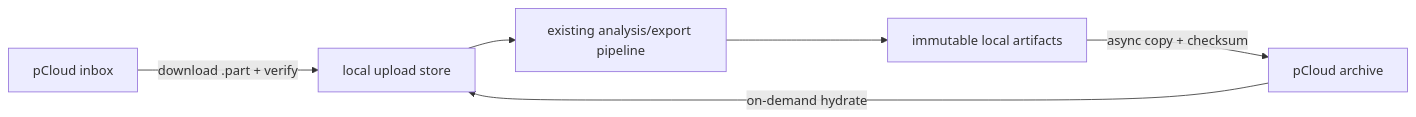
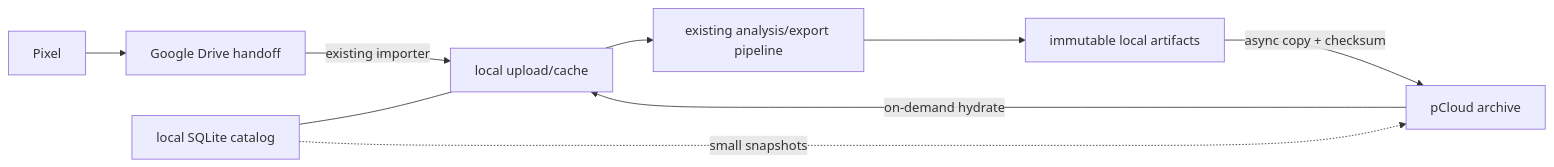
The second of 2 diagrams in docs/architecture.md (momonong/pingpong-auto-highlight), drawn with Mermaid before and after one commit. The commit also changed other lines of this file and 3 other files, not shown here.

````diff
--- a/docs/architecture.md
+++ b/docs/architecture.md
@@ -79,8 +79,11 @@
 ```mermaid
 flowchart LR
-    PI["pCloud inbox"] -->|"download .part + verify"| LOCAL["local upload store"]
+    PIXEL["Pixel"] --> DRIVE["Google Drive handoff"]
+    DRIVE -->|"existing importer"| LOCAL["local upload/cache"]
     LOCAL --> MEDIA["existing analysis/export pipeline"]
     MEDIA --> ART["immutable local artifacts"]
     ART -->|"async copy + checksum"| PA["pCloud archive"]
     PA -->|"on-demand hydrate"| LOCAL
+    DB["local SQLite catalog"] --- LOCAL
+    DB -.->|"small snapshots"| PA
 ```
````
